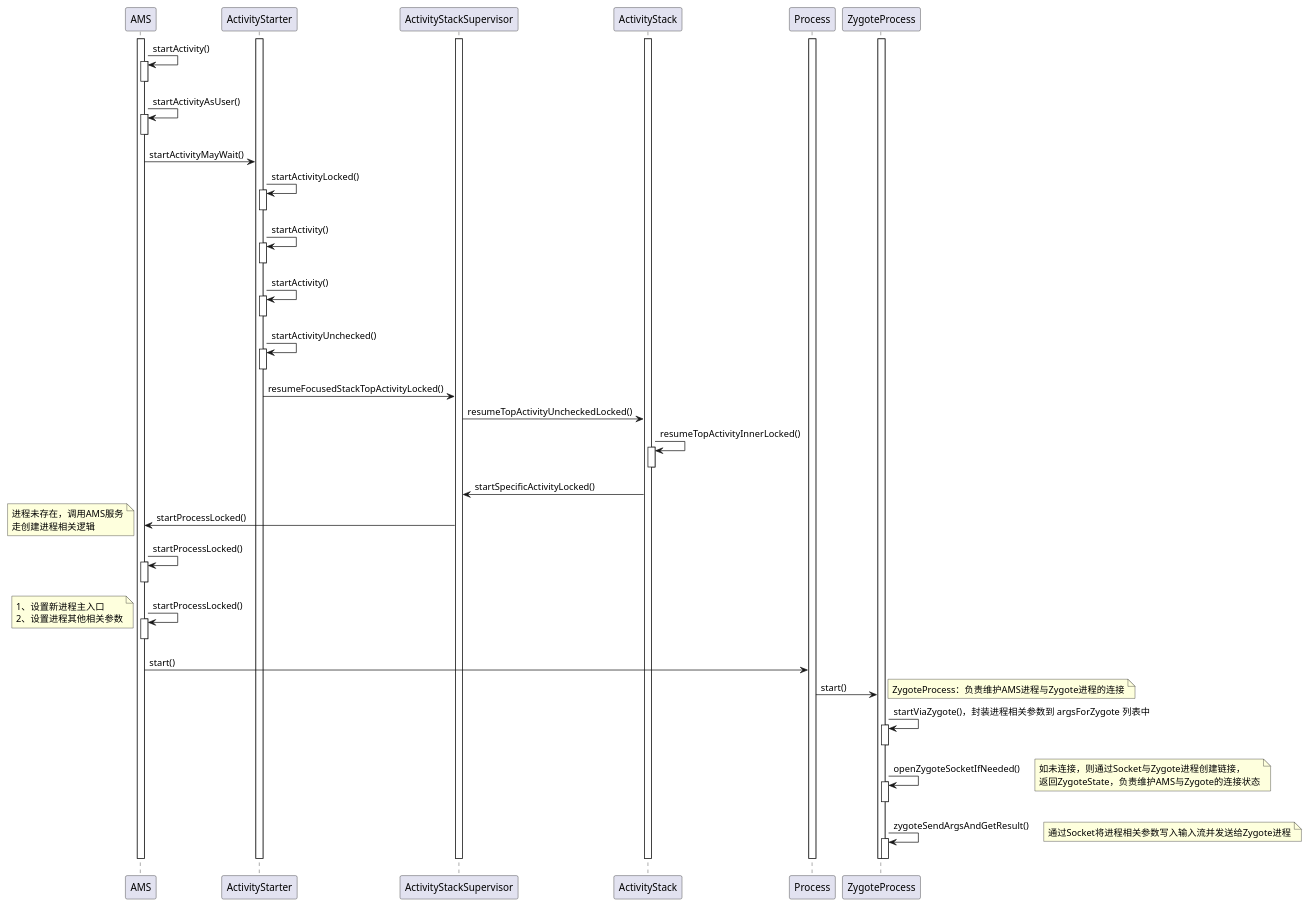
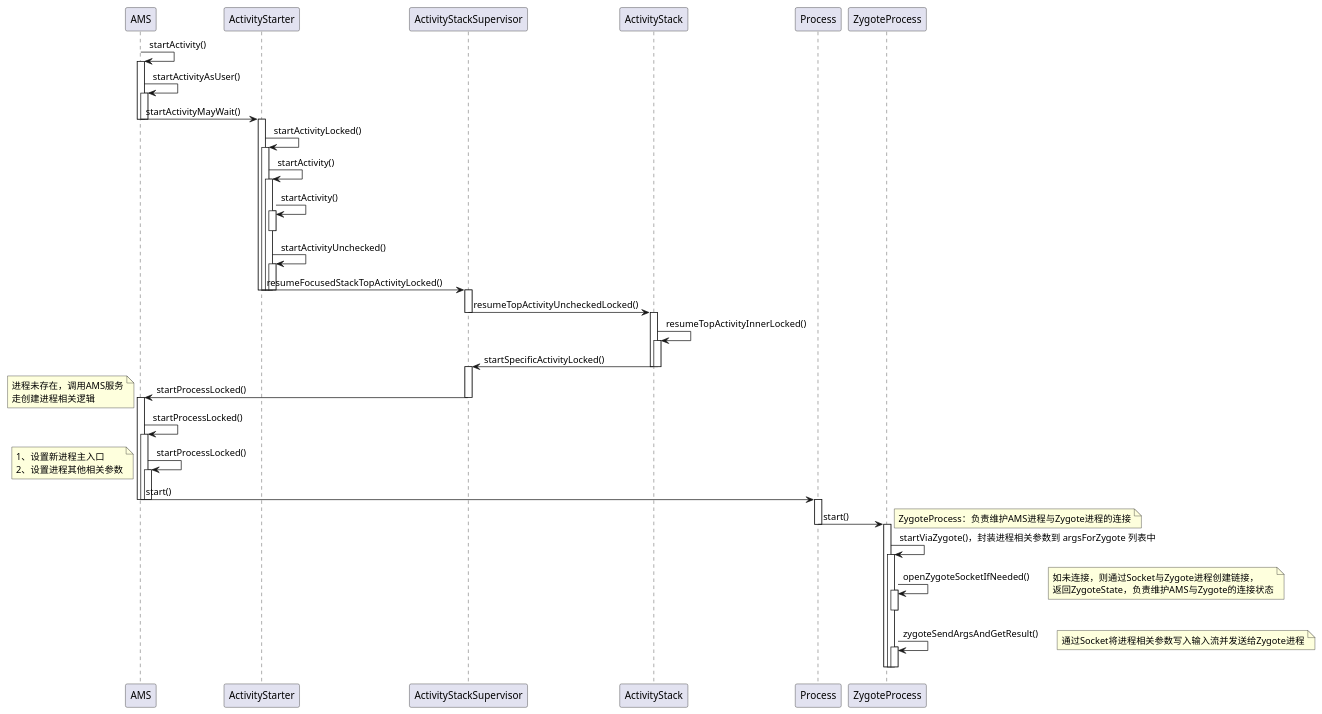
One commit to xHonghui/android-26 changed the diagram in doc/activity/process_launcher_2.puml. Above: the diagram before and after it, drawn with PlantUML. The commit also changed 4 other files, not shown here.

Commit message:
feat: puml流程图标准调整；

```diff
--- a/doc/activity/process_launcher_2.puml
+++ b/doc/activity/process_launcher_2.puml
@@ -1,95 +1,97 @@
 @startuml
 'https://plantuml.com/sequence-diagram
 'AMS向Zygote发送创建应用进程请求
 
 participant AMS
 participant ActivityStarter
 participant ActivityStackSupervisor
 participant ActivityStack
 participant Process
 participant ZygoteProcess
 
-
-activate AMS
-activate ActivityStarter
-activate ActivityStackSupervisor
-activate ActivityStack
-activate Process
-activate ZygoteProcess
-
-
 AMS -> AMS: startActivity()
 activate AMS
-deactivate AMS
 AMS -> AMS: startActivityAsUser()
 activate AMS
+AMS -> ActivityStarter: startActivityMayWait()
 deactivate AMS
-AMS -> ActivityStarter: startActivityMayWait()
+deactivate AMS
 
+activate ActivityStarter
 ActivityStarter -> ActivityStarter: startActivityLocked()
 activate ActivityStarter
-deactivate ActivityStarter
 ActivityStarter -> ActivityStarter: startActivity()
 activate ActivityStarter
-deactivate ActivityStarter
 ActivityStarter -> ActivityStarter: startActivity()
 activate ActivityStarter
 deactivate ActivityStarter
 ActivityStarter -> ActivityStarter: startActivityUnchecked()
 activate ActivityStarter
+ActivityStarter -> ActivityStackSupervisor: resumeFocusedStackTopActivityLocked()
+deactivate ActivityStarter
+deactivate ActivityStarter
+deactivate ActivityStarter
 deactivate ActivityStarter
 
-ActivityStarter -> ActivityStackSupervisor: resumeFocusedStackTopActivityLocked()
+activate ActivityStackSupervisor
 ActivityStackSupervisor -> ActivityStack: resumeTopActivityUncheckedLocked()
+deactivate ActivityStackSupervisor
+
+activate ActivityStack
 ActivityStack -> ActivityStack: resumeTopActivityInnerLocked()
 activate ActivityStack
+ActivityStack -> ActivityStackSupervisor: startSpecificActivityLocked()
 deactivate ActivityStack
-ActivityStack -> ActivityStackSupervisor: startSpecificActivityLocked()
+deactivate ActivityStack
+
+activate ActivityStackSupervisor
 ActivityStackSupervisor -> AMS: startProcessLocked()
 note left
     进程未存在，调用AMS服务
     走创建进程相关逻辑
 end note
+deactivate ActivityStackSupervisor
 
 'AMS服务，请求 Zygote 创建用户进程流程
+activate AMS
 AMS -> AMS: startProcessLocked()
 activate AMS
-deactivate AMS
 AMS -> AMS: startProcessLocked()
 activate AMS
-deactivate AMS
 note left
     1、设置新进程主入口
     2、设置进程其他相关参数
 end note
 AMS -> Process: start()
+deactivate AMS
+deactivate AMS
+deactivate AMS
+
+activate Process
 Process -> ZygoteProcess: start()
 note right
     ZygoteProcess：负责维护AMS进程与Zygote进程的连接
 end note
+deactivate Process
+
+activate ZygoteProcess
 ZygoteProcess -> ZygoteProcess: startViaZygote()，封装进程相关参数到 argsForZygote 列表中
 activate ZygoteProcess
-deactivate ZygoteProcess
 ZygoteProcess -> ZygoteProcess: openZygoteSocketIfNeeded()
 note right
     如未连接，则通过Socket与Zygote进程创建链接，
     返回ZygoteState，负责维护AMS与Zygote的连接状态
 end note
 activate ZygoteProcess
 deactivate ZygoteProcess
+
 ZygoteProcess -> ZygoteProcess: zygoteSendArgsAndGetResult()
-activate ZygoteProcess
-deactivate ZygoteProcess
 note right
     通过Socket将进程相关参数写入输入流并发送给Zygote进程
 end note
+activate ZygoteProcess
+deactivate ZygoteProcess
+deactivate ZygoteProcess
+deactivate ZygoteProcess
 
-
-
-deactivate AMS
-deactivate ActivityStarter
-deactivate ActivityStackSupervisor
-deactivate ActivityStack
-deactivate Process
-deactivate ZygoteProcess
 @enduml
```
